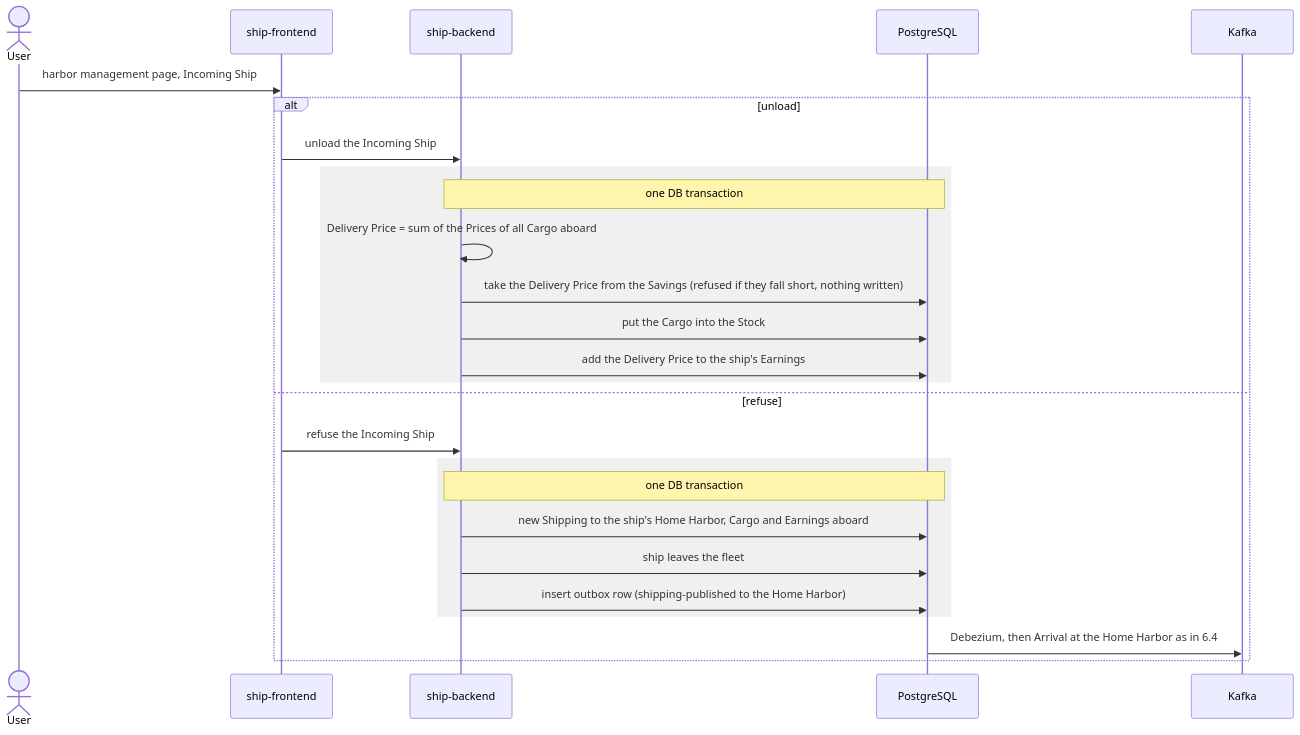
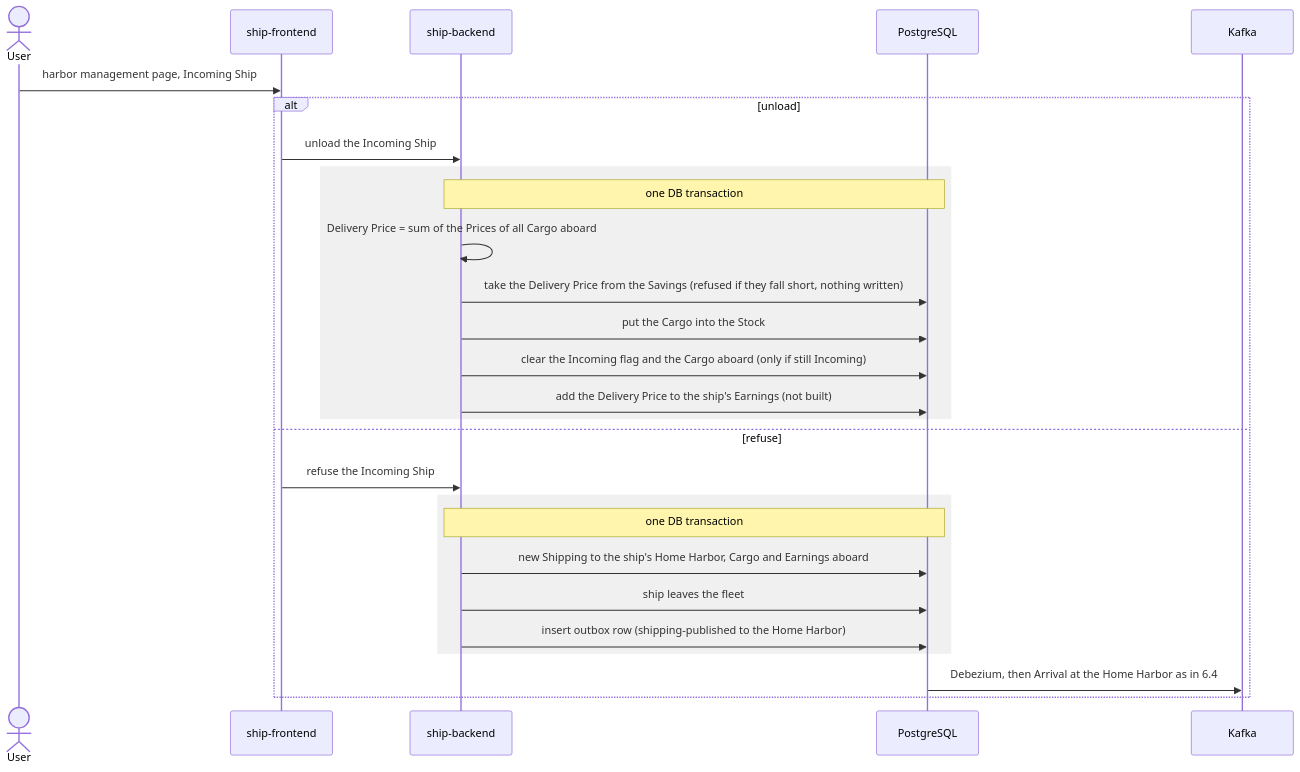
One commit to maurizio100/ddd-ship changed the seventh of 8 diagrams in docs/arc42/06-runtime.md. Above: the diagram before and after it, drawn with Mermaid. The commit also changed other lines of this file and 14 other files, not shown here.

First line of the commit message:
docs: unloading an Incoming Ship and paying the Delivery Price is built

````diff
--- a/docs/arc42/06-runtime.md
+++ b/docs/arc42/06-runtime.md
@@ -214,28 +217,29 @@
 ```mermaid
 sequenceDiagram
     actor U as User
     participant FE as ship-frontend
     participant BE as ship-backend
     participant DB as PostgreSQL
     participant K as Kafka
     U->>FE: harbor management page, Incoming Ship
     alt unload
         FE->>BE: unload the Incoming Ship
         rect rgb(240,240,240)
         Note over BE,DB: one DB transaction
         BE->>BE: Delivery Price = sum of the Prices of all Cargo aboard
         BE->>DB: take the Delivery Price from the Savings (refused if they fall short, nothing written)
         BE->>DB: put the Cargo into the Stock
-        BE->>DB: add the Delivery Price to the ship's Earnings
+        BE->>DB: clear the Incoming flag and the Cargo aboard (only if still Incoming)
+        BE->>DB: add the Delivery Price to the ship's Earnings (not built)
         end
     else refuse
         FE->>BE: refuse the Incoming Ship
         rect rgb(240,240,240)
         Note over BE,DB: one DB transaction
         BE->>DB: new Shipping to the ship's Home Harbor, Cargo and Earnings aboard
         BE->>DB: ship leaves the fleet
         BE->>DB: insert outbox row (shipping-published to the Home Harbor)
         end
         DB->>K: Debezium, then Arrival at the Home Harbor as in 6.4
     end
 ```
````
